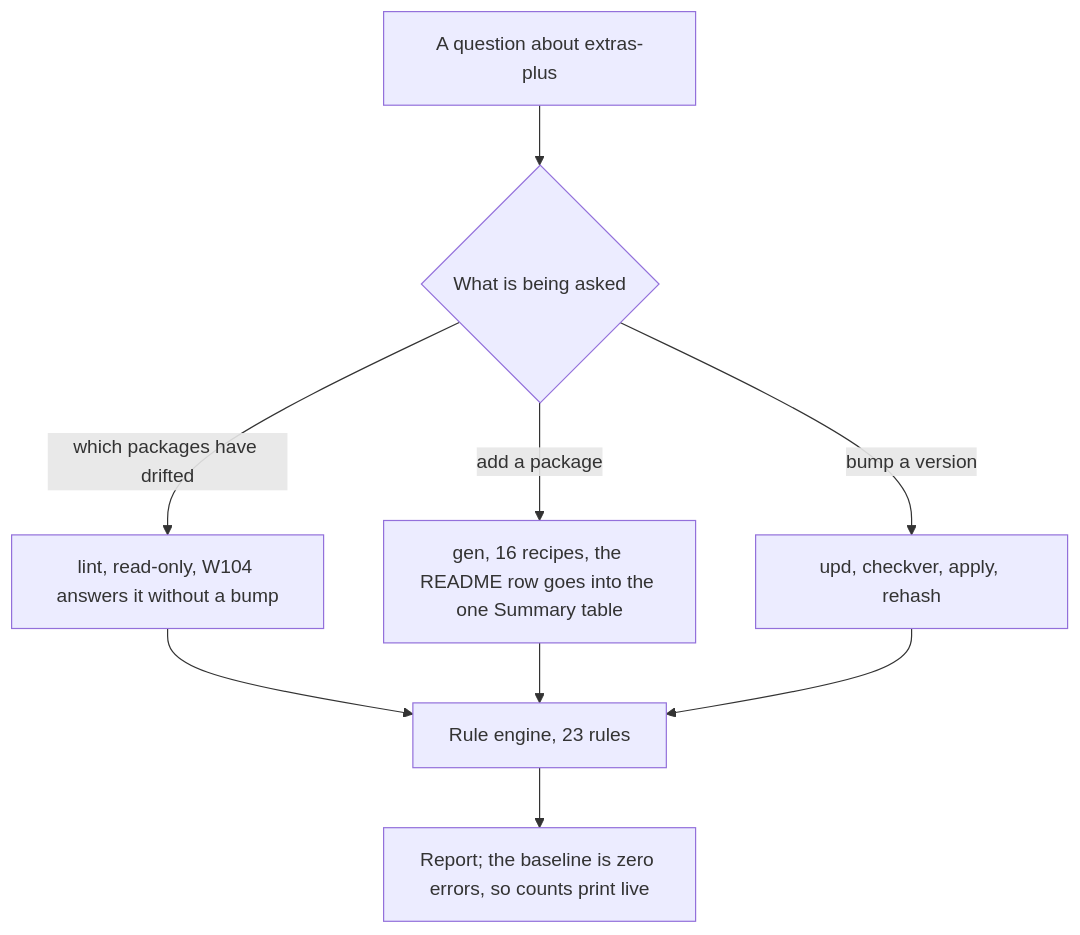
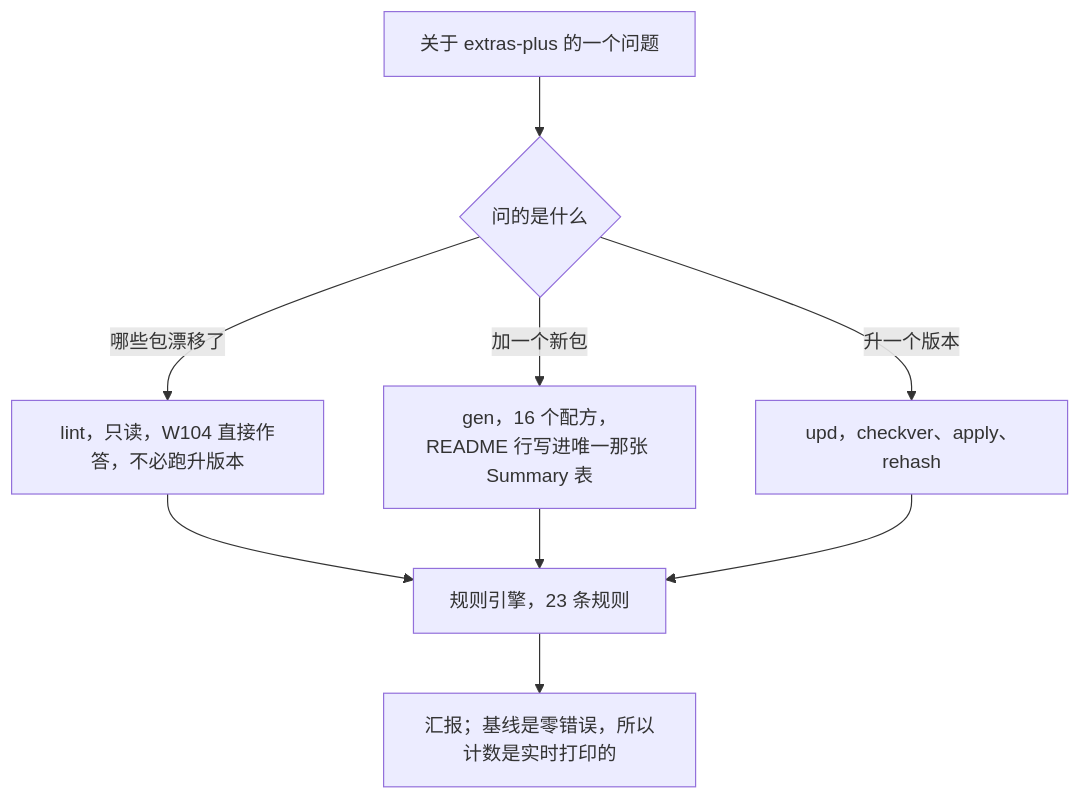
One commit to HHSTU-IST/skills changed the ninth of 10 diagrams in README.md. Above: the diagram before and after it, drawn with Mermaid. The commit also changed other lines of this file and 2 other files, not shown here.

````diff
--- a/README.md
+++ b/README.md
@@ -551,11 +551,11 @@
 ```mermaid
 flowchart TD
-    A["A question about extras-plus"] --> Q{"What is being asked"}
-    Q -->|which packages have drifted| L["lint, read-only, W104 answers it without a bump"]
-    Q -->|add a package| G["gen, 16 recipes, the README row goes into the one Summary table"]
-    Q -->|bump a version| U["upd, checkver, apply, rehash"]
-    L --> R["Rule engine, 23 rules"]
+    A["关于 extras-plus 的一个问题"] --> Q{"问的是什么"}
+    Q -->|哪些包漂移了| L["lint，只读，W104 直接作答，不必跑升版本"]
+    Q -->|加一个新包| G["gen，16 个配方，README 行写进唯一那张 Summary 表"]
+    Q -->|升一个版本| U["upd，checkver、apply、rehash"]
+    L --> R["规则引擎，23 条规则"]
     G --> R
     U --> R
-    R --> C["Report; the baseline is zero errors, so counts print live"]
+    R --> C["汇报；基线是零错误，所以计数是实时打印的"]
 ```
````
